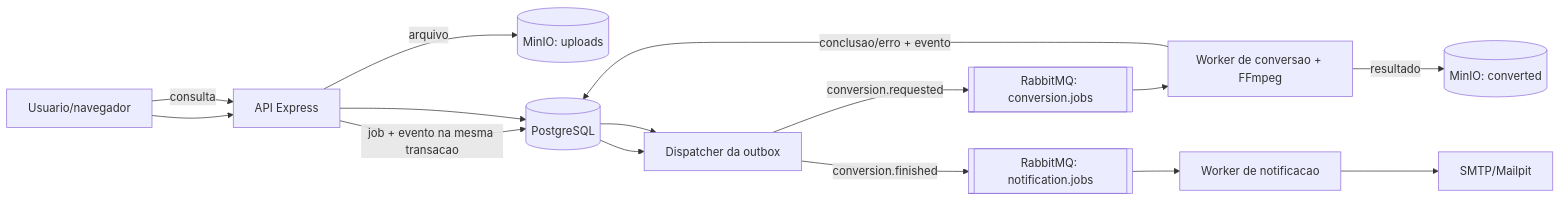
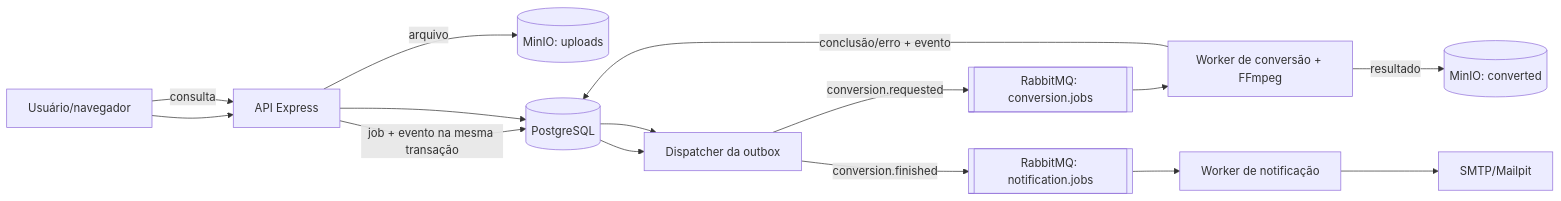
The diagram in docs/arquitetura.md (danilo-humberto/conversor-de-arquivos), drawn with Mermaid before and after one commit. The commit also changed other lines of this file and 8 other files, not shown here.

````diff
--- a/docs/arquitetura.md
+++ b/docs/arquitetura.md
@@ -9,17 +9,17 @@
 ```mermaid
 flowchart LR
-  U[Usuario/navegador] --> API[API Express]
+  U[Usuário/navegador] --> API[API Express]
   API -->|arquivo| S[(MinIO: uploads)]
-  API -->|job + evento na mesma transacao| DB[(PostgreSQL)]
+  API -->|job + evento na mesma transação| DB[(PostgreSQL)]
   DB --> O[Dispatcher da outbox]
   O -->|conversion.requested| CQ[[RabbitMQ: conversion.jobs]]
-  CQ --> W[Worker de conversao + FFmpeg]
+  CQ --> W[Worker de conversão + FFmpeg]
   W -->|resultado| R[(MinIO: converted)]
-  W -->|conclusao/erro + evento| DB
+  W -->|conclusão/erro + evento| DB
   DB --> O
   O -->|conversion.finished| NQ[[RabbitMQ: notification.jobs]]
-  NQ --> N[Worker de notificacao]
+  NQ --> N[Worker de notificação]
   N --> M[SMTP/Mailpit]
   U -->|consulta| API
   API --> DB
 ```
````
